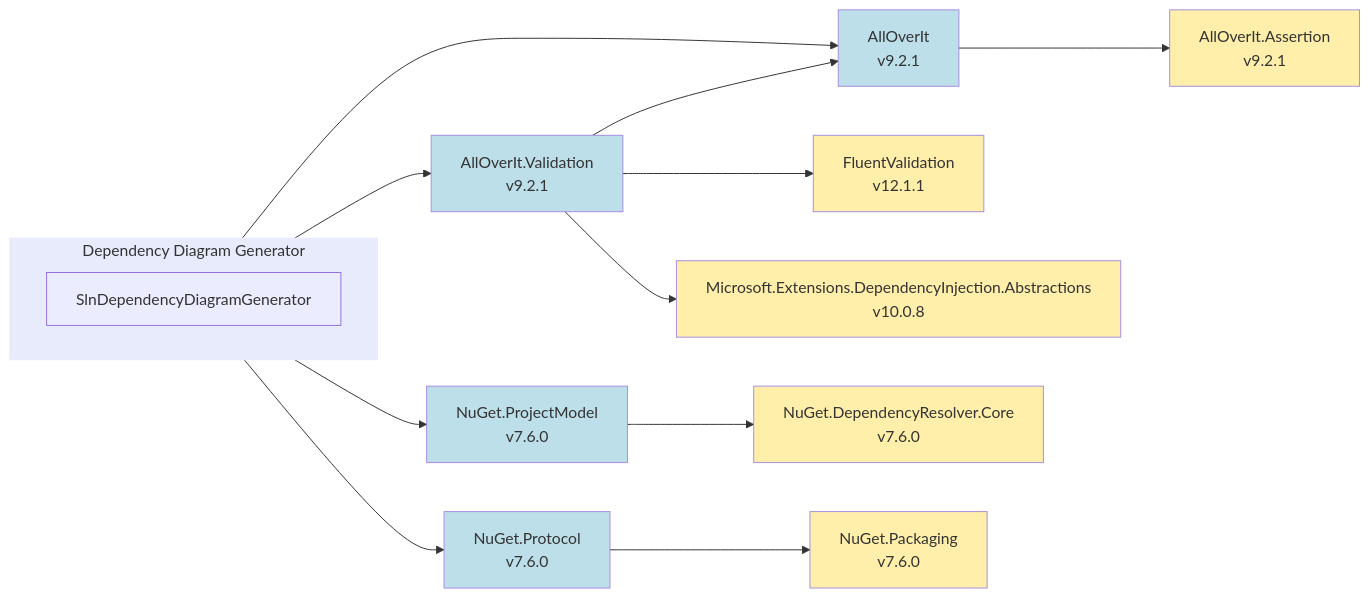
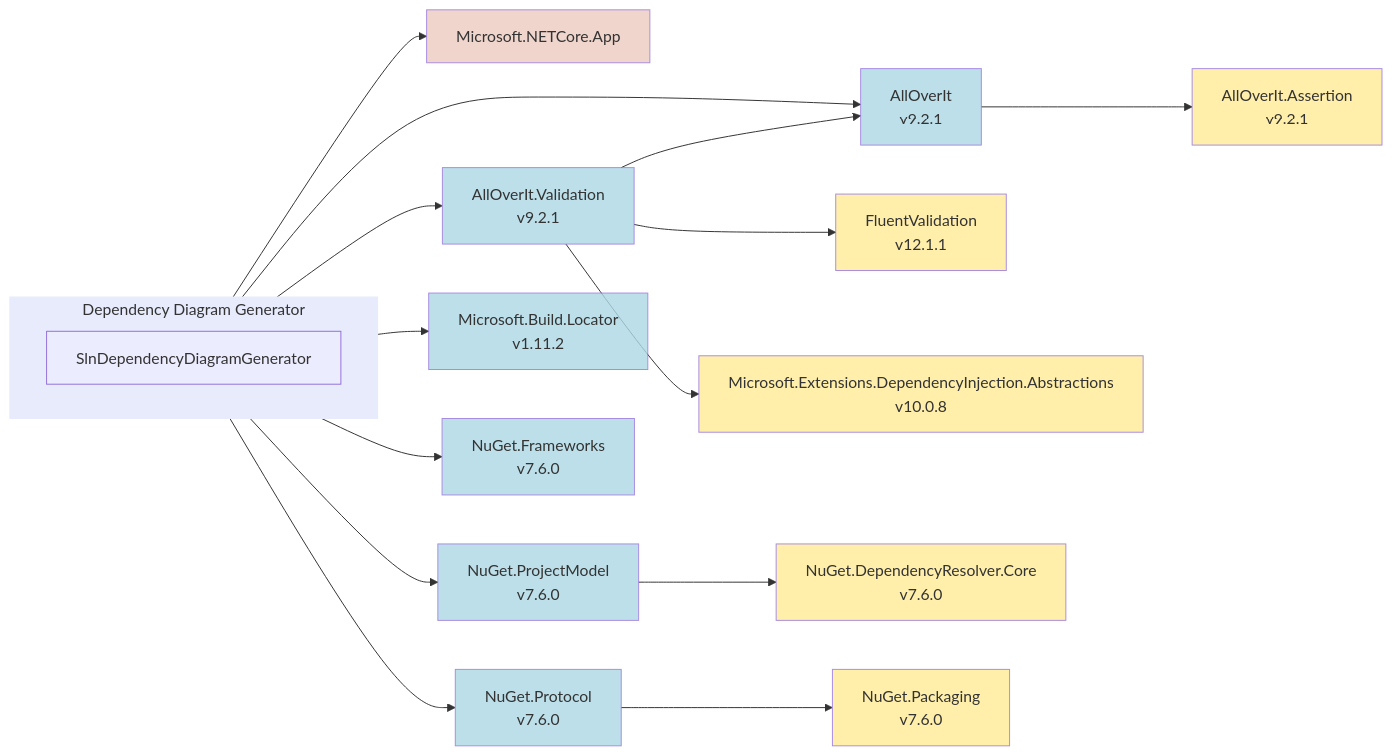
One commit to mjfreelancing/SlnDependencyDiagramGenerator changed the diagram in Samples/Output/net9.0/mmd/dependency diagram generator-all.mmd. Above: the diagram before and after it, drawn with Mermaid. The commit also changed 101 other files, not shown here.

```diff
--- a/Samples/Output/net9.0/mmd/dependency diagram generator-all.mmd
+++ b/Samples/Output/net9.0/mmd/dependency diagram generator-all.mmd
@@ -1,34 +1,43 @@
 flowchart LR
   subgraph ddg["Dependency Diagram Generator"]
     direction LR
     ddg_slndependencydiagramgenerator["SlnDependencyDiagramGenerator"]
   end
+  microsoft-netcore-app["Microsoft.NETCore.App"]
   alloverit_9-2-1["AllOverIt<br>v9.2.1"]
   alloverit-assertion_9-2-1["AllOverIt.Assertion<br>v9.2.1"]
   alloverit-validation_9-2-1["AllOverIt.Validation<br>v9.2.1"]
   fluentvalidation_12-1-1["FluentValidation<br>v12.1.1"]
   microsoft-extensions-dependencyinjection-abstractions_10-0-8["Microsoft.Extensions.DependencyInjection.Abstractions<br>v10.0.8"]
+  microsoft-build-locator_1-11-2["Microsoft.Build.Locator<br>v1.11.2"]
+  nuget-frameworks_7-6-0["NuGet.Frameworks<br>v7.6.0"]
   nuget-projectmodel_7-6-0["NuGet.ProjectModel<br>v7.6.0"]
   nuget-dependencyresolver-core_7-6-0["NuGet.DependencyResolver.Core<br>v7.6.0"]
   nuget-protocol_7-6-0["NuGet.Protocol<br>v7.6.0"]
   nuget-packaging_7-6-0["NuGet.Packaging<br>v7.6.0"]
+  ddg_slndependencydiagramgenerator --> microsoft-netcore-app
   ddg_slndependencydiagramgenerator --> alloverit_9-2-1
   alloverit_9-2-1 --> alloverit-assertion_9-2-1
   ddg_slndependencydiagramgenerator --> alloverit-validation_9-2-1
   alloverit-validation_9-2-1 --> alloverit_9-2-1
   alloverit-validation_9-2-1 --> fluentvalidation_12-1-1
   alloverit-validation_9-2-1 --> microsoft-extensions-dependencyinjection-abstractions_10-0-8
+  ddg_slndependencydiagramgenerator --> microsoft-build-locator_1-11-2
+  ddg_slndependencydiagramgenerator --> nuget-frameworks_7-6-0
   ddg_slndependencydiagramgenerator --> nuget-projectmodel_7-6-0
   nuget-projectmodel_7-6-0 --> nuget-dependencyresolver-core_7-6-0
   ddg_slndependencydiagramgenerator --> nuget-protocol_7-6-0
   nuget-protocol_7-6-0 --> nuget-packaging_7-6-0
   style ddg fill:#E7EBFC,stroke:#E7EBFC,stroke-width:1px,opacity:1
+  style microsoft-netcore-app fill:#ECCBC0,opacity:0.8
   style alloverit_9-2-1 fill:#ADD8E6,opacity:0.8
   style alloverit-assertion_9-2-1 fill:#FFEC96,opacity:0.8
   style alloverit-validation_9-2-1 fill:#ADD8E6,opacity:0.8
   style fluentvalidation_12-1-1 fill:#FFEC96,opacity:0.8
   style microsoft-extensions-dependencyinjection-abstractions_10-0-8 fill:#FFEC96,opacity:0.8
+  style microsoft-build-locator_1-11-2 fill:#ADD8E6,opacity:0.8
+  style nuget-frameworks_7-6-0 fill:#ADD8E6,opacity:0.8
   style nuget-projectmodel_7-6-0 fill:#ADD8E6,opacity:0.8
   style nuget-dependencyresolver-core_7-6-0 fill:#FFEC96,opacity:0.8
   style nuget-protocol_7-6-0 fill:#ADD8E6,opacity:0.8
   style nuget-packaging_7-6-0 fill:#FFEC96,opacity:0.8
```
